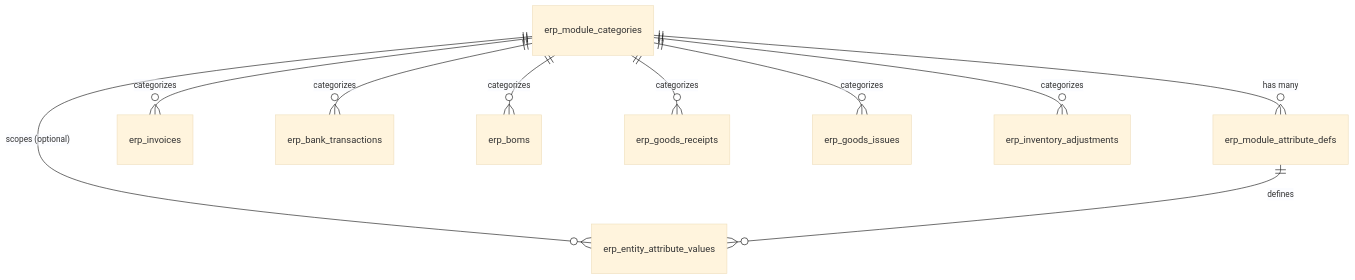
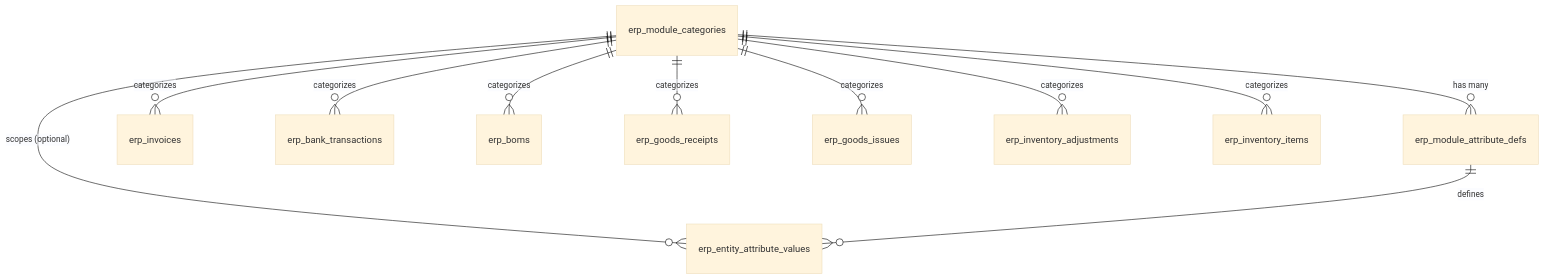
Before and after one commit to kindustries-erp/erp-api: the diagram in .agents/skills/modules/module-config/SKILL.md, drawn with Mermaid (base theme). The commit also changed other lines of this file and 14 other files, not shown here.

Commit message:
feat(inventory-stock): migrate items to module config eav & standardize traceability graph

````diff
--- a/.agents/skills/modules/module-config/SKILL.md
+++ b/.agents/skills/modules/module-config/SKILL.md
@@ -69,12 +69,13 @@
 ```mermaid
 erDiagram
     erp_module_categories ||--o{ erp_module_attribute_defs : "has many"
     erp_module_categories ||--o{ erp_entity_attribute_values : "scopes (optional)"
     erp_module_attribute_defs ||--o{ erp_entity_attribute_values : "defines"
     erp_module_categories ||--o{ erp_invoices : "categorizes"
     erp_module_categories ||--o{ erp_bank_transactions : "categorizes"
     erp_module_categories ||--o{ erp_boms : "categorizes"
     erp_module_categories ||--o{ erp_goods_receipts : "categorizes"
     erp_module_categories ||--o{ erp_goods_issues : "categorizes"
     erp_module_categories ||--o{ erp_inventory_adjustments : "categorizes"
+    erp_module_categories ||--o{ erp_inventory_items : "categorizes"
 ```
````
